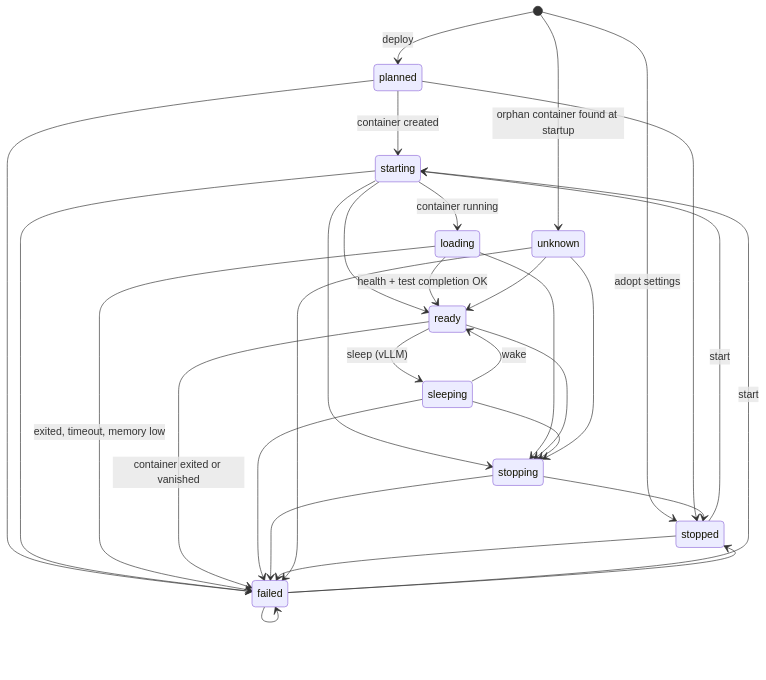
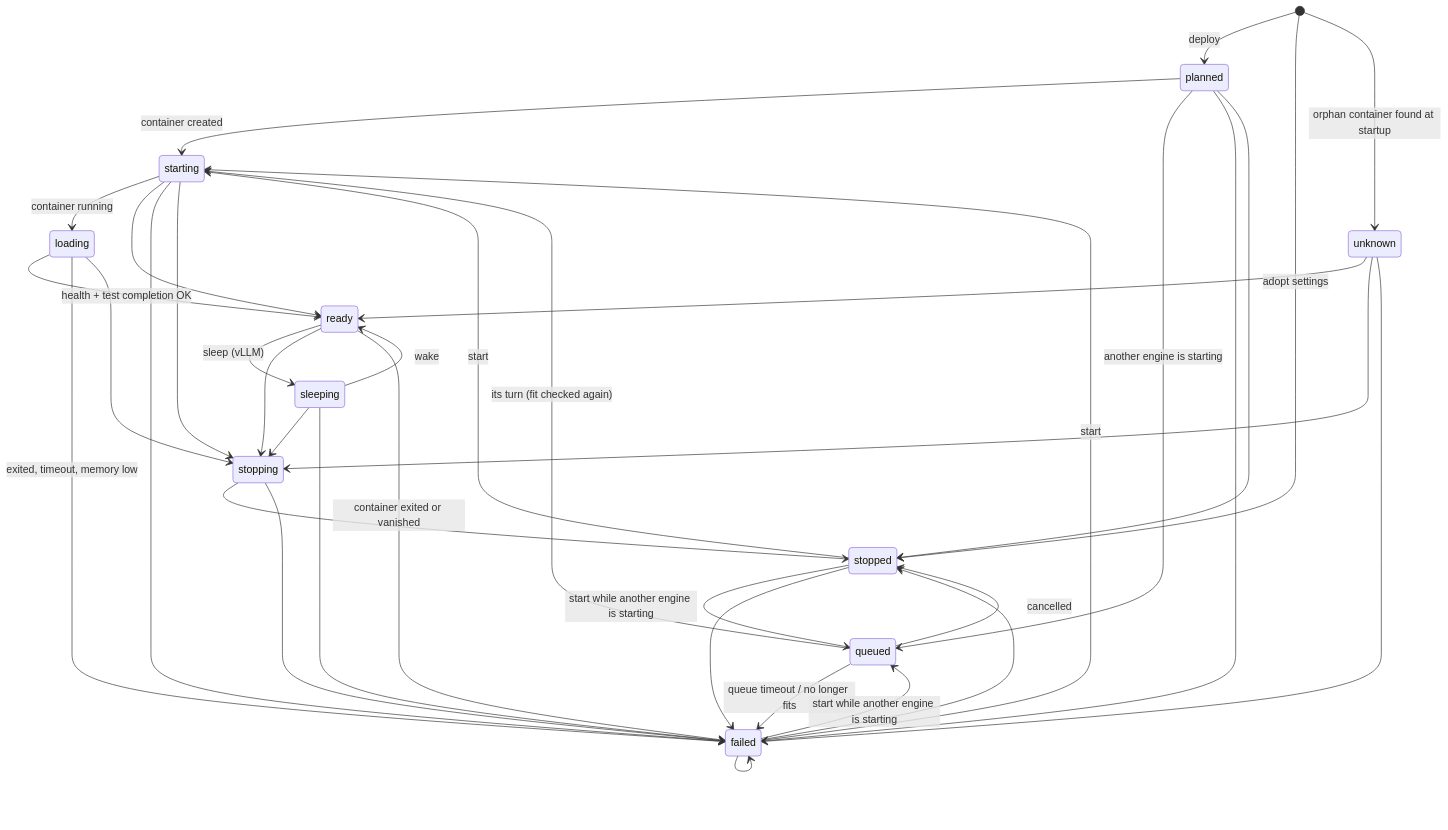
Before and after one commit to nikghodki/dgxmodelmanager: the third of 3 diagrams in docs/architecture.md, drawn with Mermaid. The commit also changed other lines of this file and 421 other files, not shown here.

````diff
--- a/docs/architecture.md
+++ b/docs/architecture.md
@@ -267,32 +318,38 @@
 ```mermaid
 stateDiagram-v2
   [*] --> planned: deploy
   [*] --> stopped: adopt settings
   [*] --> unknown: orphan container found at startup
   planned --> starting: container created
+  planned --> queued: another engine is starting
+  queued --> starting: its turn (fit checked again)
+  queued --> failed: queue timeout / no longer fits
+  queued --> stopped: cancelled
   planned --> failed
   planned --> stopped
   starting --> loading: container running
   starting --> ready
   starting --> failed
   starting --> stopping
   loading --> ready: health + test completion OK
   loading --> failed: exited, timeout, memory low
   loading --> stopping
   ready --> sleeping: sleep (vLLM)
   ready --> stopping
   ready --> failed: container exited or vanished
   sleeping --> ready: wake
   sleeping --> stopping
   sleeping --> failed
   stopping --> stopped
   stopping --> failed
   stopped --> starting: start
+  stopped --> queued: start while another engine is starting
   stopped --> failed
   failed --> starting: start
+  failed --> queued: start while another engine is starting
   failed --> stopped
   failed --> failed
   unknown --> ready
   unknown --> stopping
   unknown --> failed
 ```
````
